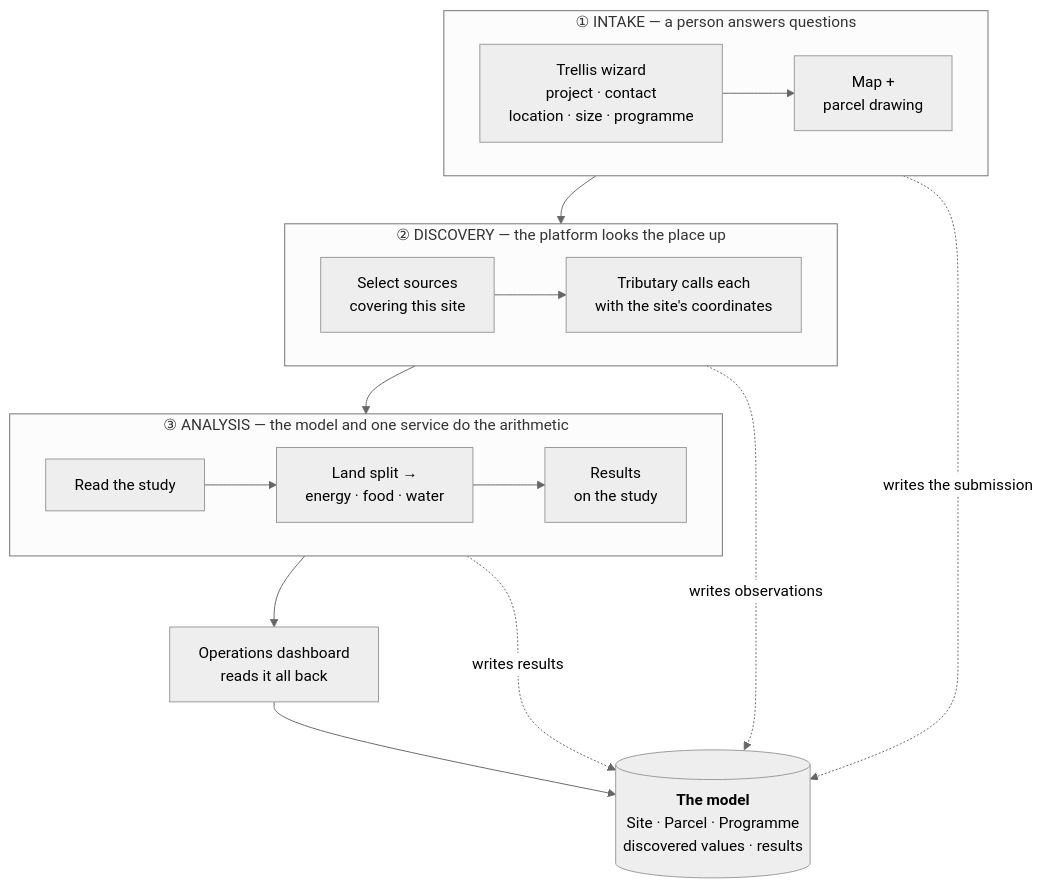
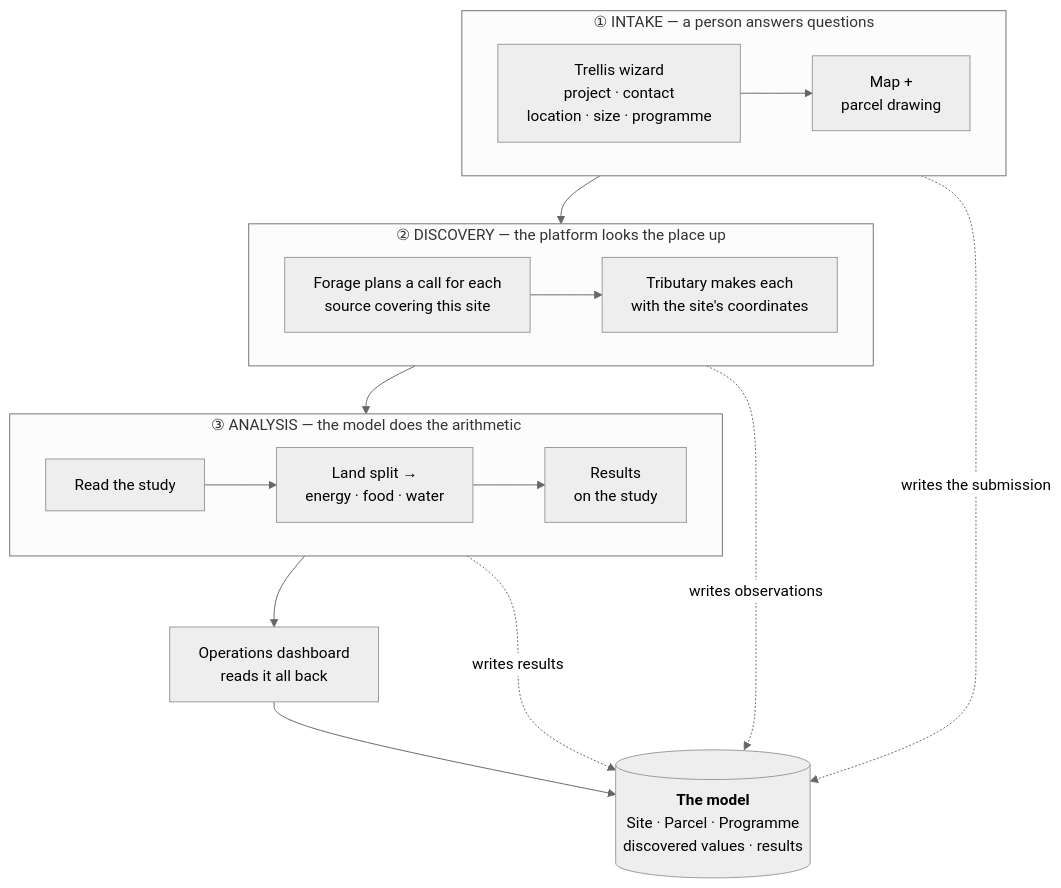
The second of 10 diagrams in docs/LAND_INTAKE.md (ReGen-Villages/VillageOS-API), drawn with Mermaid (neutral theme) before and after one commit. The commit also changed other lines of this file, not shown here.

First line of the commit message:
The land intake guide describes discovery as a drawing and the analysis as the study's own formulas and ranges (AB#8596)

````diff
--- a/docs/LAND_INTAKE.md
+++ b/docs/LAND_INTAKE.md
@@ -172,25 +167,25 @@
 ```mermaid
 flowchart TB
   subgraph P1["① INTAKE — a person answers questions"]
     direction LR
     W["Trellis wizard<br/>project · contact<br/>location · size · programme"] --> MAP["Map +<br/>parcel drawing"]
   end
 
   subgraph P2["② DISCOVERY — the platform looks the place up"]
     direction LR
-    SEL["Select sources<br/>covering this site"] --> FETCH["Tributary calls each<br/>with the site's coordinates"]
+    SEL["Forage plans a call for each<br/>source covering this site"] --> FETCH["Tributary makes each<br/>with the site's coordinates"]
   end
 
-  subgraph P3["③ ANALYSIS — the model and one service do the arithmetic"]
+  subgraph P3["③ ANALYSIS — the model does the arithmetic"]
     direction LR
     READ["Read the study"] --> CALC["Land split →<br/>energy · food · water"] --> WRITE["Results<br/>on the study"]
   end
 
   DASH["Operations dashboard<br/>reads it all back"]
   MODEL[("<b>The model</b><br/>Site · Parcel · Programme<br/>discovered values · results")]
 
   P1 --> P2 --> P3 --> DASH --> MODEL
   P1 -.->|"writes the submission"| MODEL
   P2 -.->|"writes observations"| MODEL
   P3 -.->|"writes results"| MODEL
 ```
````
